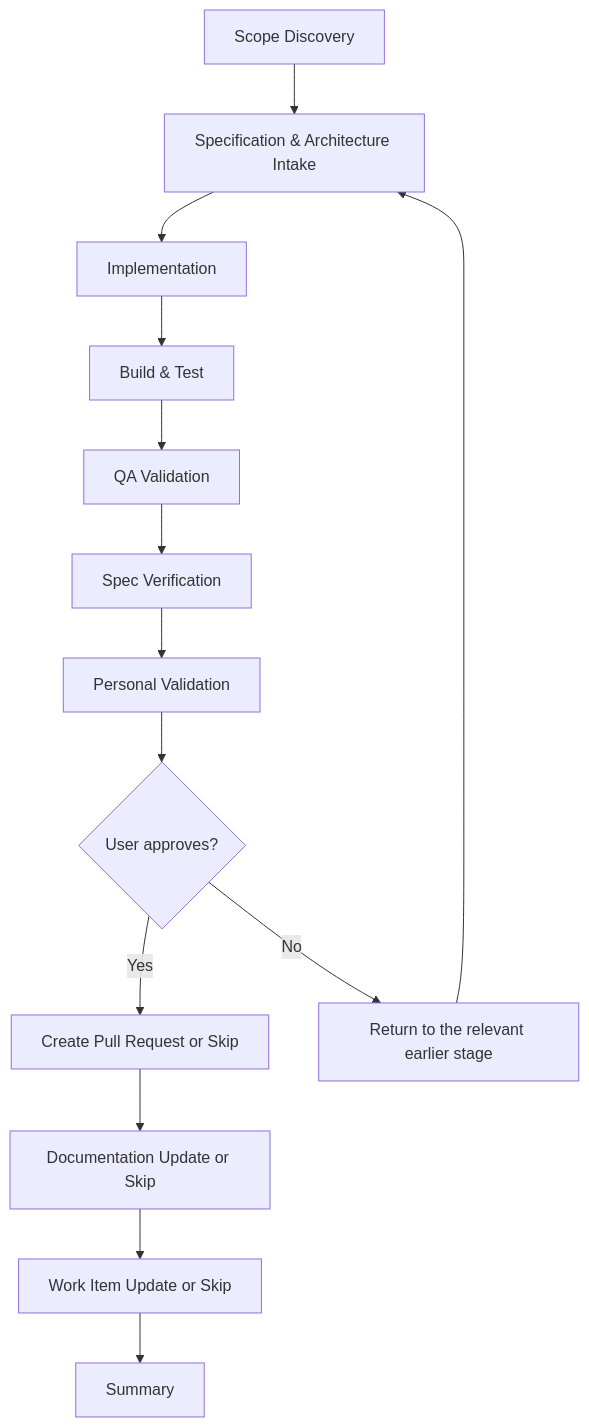
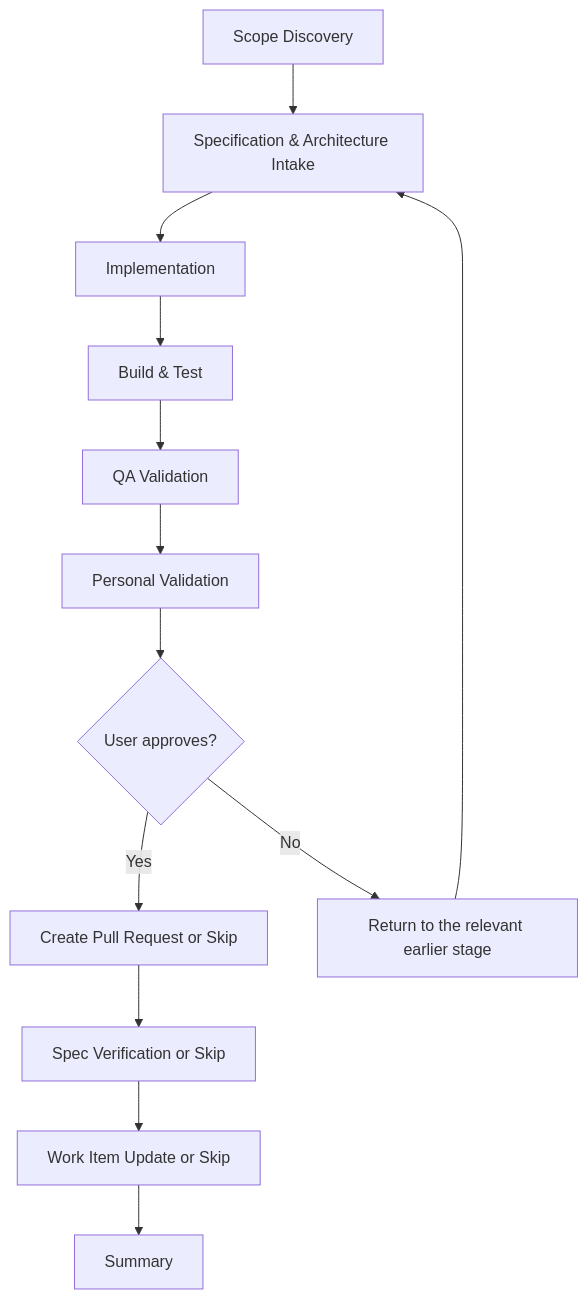
One commit to JSdotNet/devbook changed diagram 11 of 16 in plugins/delivery/FLOW-DIAGRAMS.md. Above: the diagram before and after it, drawn with Mermaid. The commit also changed other lines of this file and 42 other files, not shown here.

First line of the commit message:
Spec Verification replaces Documentation Update

````diff
--- a/plugins/delivery/FLOW-DIAGRAMS.md
+++ b/plugins/delivery/FLOW-DIAGRAMS.md
@@ -321,16 +313,15 @@
 ```mermaid
 flowchart TD
     S["Scope Discovery"] --> A["Specification & Architecture Intake"]
     A --> B["Implementation"]
     B --> C["Build & Test"]
     C --> D["QA Validation"]
-    D --> SV["Spec Verification"]
-    SV --> E["Personal Validation"]
+    D --> E["Personal Validation"]
     E --> F{User approves?}
     F -->|Yes| G["Create Pull Request or Skip"]
     F -->|No| H["Return to the relevant earlier stage"]
     H --> A
-    G --> DU["Documentation Update or Skip"]
+    G --> DU["Spec Verification or Skip"]
     DU --> U["Work Item Update or Skip"]
     U --> I["Summary"]
 ```
````
